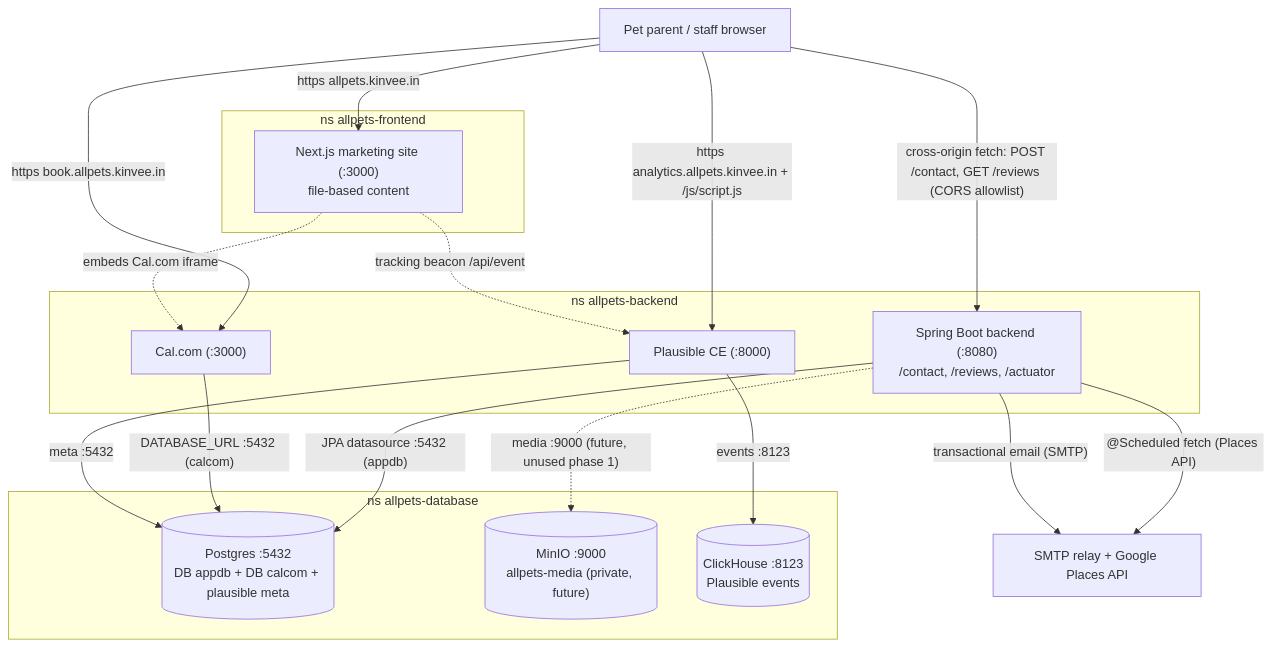
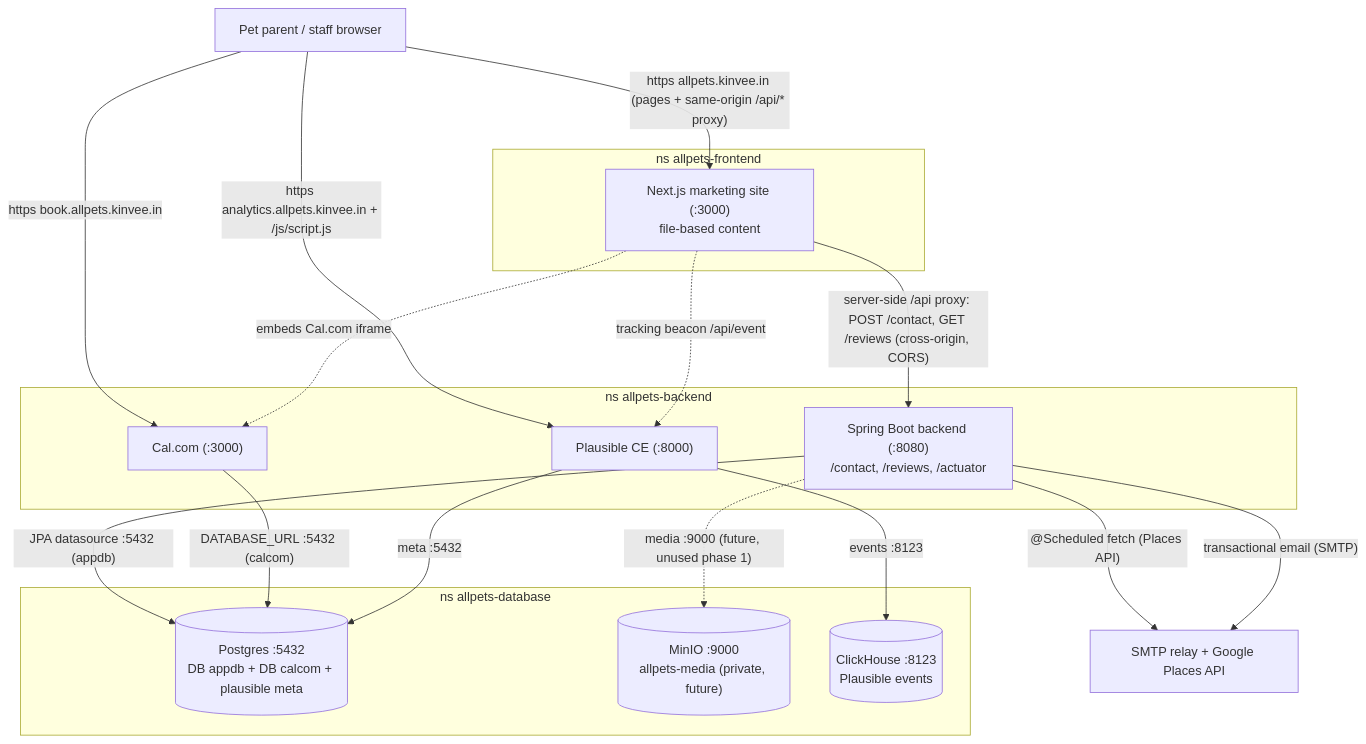
Before and after one commit to gimballock-1/allpets-backend: the diagram in planning/lld-backend.md, drawn with Mermaid. The commit also changed other lines of this file and 2 other files, not shown here.

First line of the commit message:
docs(design): make same-origin proxy (Option A) canonical for browser→API

````diff
--- a/planning/lld-backend.md
+++ b/planning/lld-backend.md
@@ -36,35 +36,35 @@
 ```mermaid
 flowchart TB
     visitor["Pet parent / staff browser"]
 
     subgraph fe["ns allpets-frontend"]
         site["Next.js marketing site (:3000)<br/>file-based content"]
     end
     subgraph be["ns allpets-backend"]
         api["Spring Boot backend (:8080)<br/>/contact, /reviews, /actuator"]
         calcom["Cal.com (:3000)"]
         plausible["Plausible CE (:8000)"]
     end
     subgraph db["ns allpets-database"]
         pg[("Postgres :5432<br/>DB appdb + DB calcom + plausible meta")]
         minio[("MinIO :9000<br/>allpets-media (private, future)")]
         ch[("ClickHouse :8123<br/>Plausible events")]
     end
     external["SMTP relay + Google Places API"]
 
-    visitor -->|"https allpets.kinvee.in"| site
-    visitor -->|"cross-origin fetch: POST /contact, GET /reviews (CORS allowlist)"| api
+    visitor -->|"https allpets.kinvee.in (pages + same-origin /api/* proxy)"| site
+    site -->|"server-side /api proxy: POST /contact, GET /reviews (cross-origin, CORS)"| api
     visitor -->|"https book.allpets.kinvee.in"| calcom
     visitor -->|"https analytics.allpets.kinvee.in + /js/script.js"| plausible
 
     site -. "embeds Cal.com iframe" .-> calcom
     site -. "tracking beacon /api/event" .-> plausible
 
     api -->|"JPA datasource :5432 (appdb)"| pg
     api -. "media :9000 (future, unused phase 1)" .-> minio
     api -->|"@Scheduled fetch (Places API)"| external
     api -->|"transactional email (SMTP)"| external
     calcom -->|"DATABASE_URL :5432 (calcom)"| pg
     plausible -->|"meta :5432"| pg
     plausible -->|"events :8123"| ch
 ```
````
